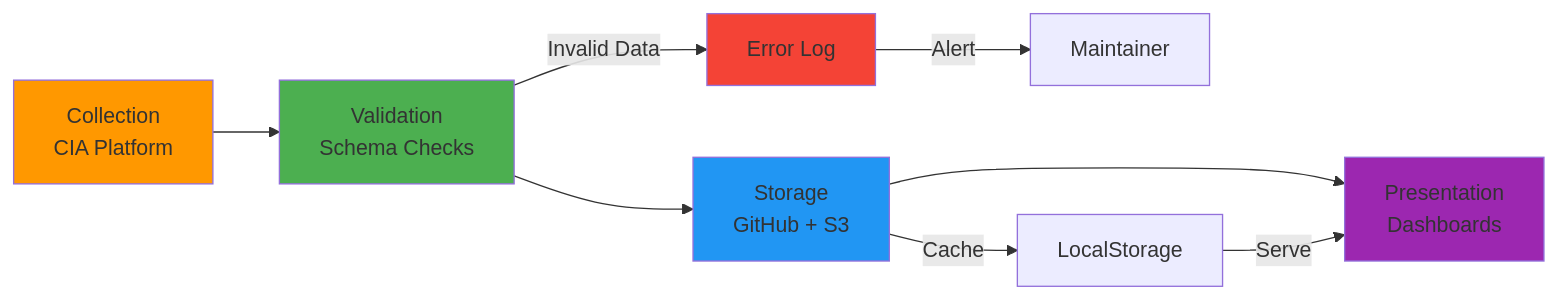
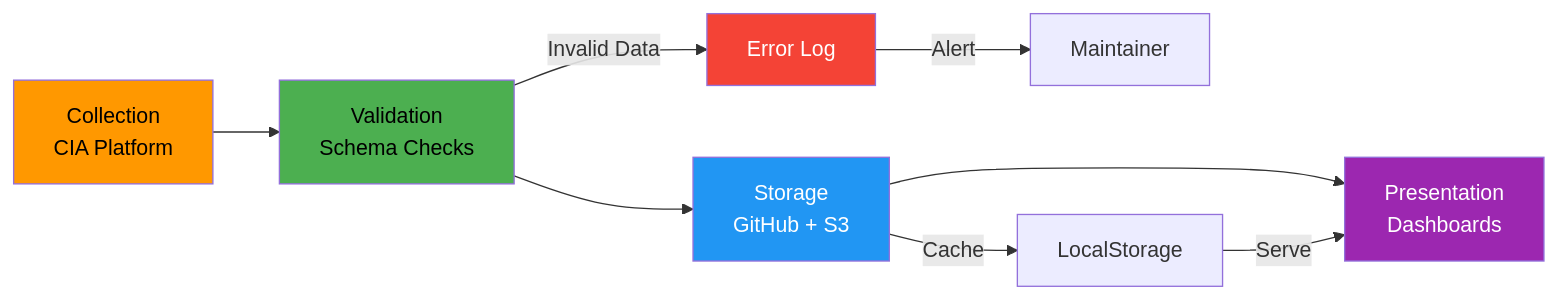
Before and after one commit to Hack23/riksdagsmonitor: the seventh of 9 diagrams in DATA_MODEL.md, drawn with Mermaid. The commit also changed other lines of this file and 11 other files, not shown here.

First line of the commit message:
Fix broken mermaid diagrams: SWOT gantt, quadrantChart theming, init quotes, text colors

````diff
--- a/DATA_MODEL.md
+++ b/DATA_MODEL.md
@@ -1780,18 +1780,18 @@
 ```mermaid
 graph LR
     A[Collection<br/>CIA Platform] --> B[Validation<br/>Schema Checks]
     B --> C[Storage<br/>GitHub + S3]
     C --> D[Presentation<br/>Dashboards]
     
     B -->|Invalid Data| E[Error Log]
     E -->|Alert| F[Maintainer]
     
     C -->|Cache| G[LocalStorage]
     G -->|Serve| D
     
-    style A fill:#ff9800
-    style B fill:#4caf50
-    style C fill:#2196f3
-    style D fill:#9c27b0
-    style E fill:#f44336
+    style A fill:#ff9800,color:#000000
+    style B fill:#4caf50,color:#000000
+    style C fill:#2196f3,color:#ffffff
+    style D fill:#9c27b0,color:#ffffff
+    style E fill:#f44336,color:#ffffff
 ```
````
